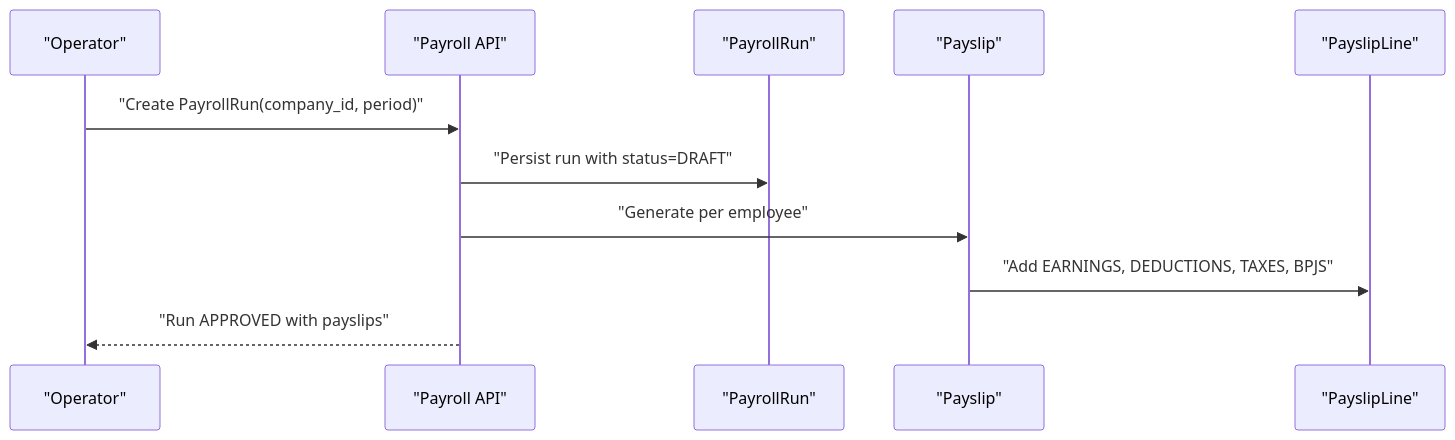
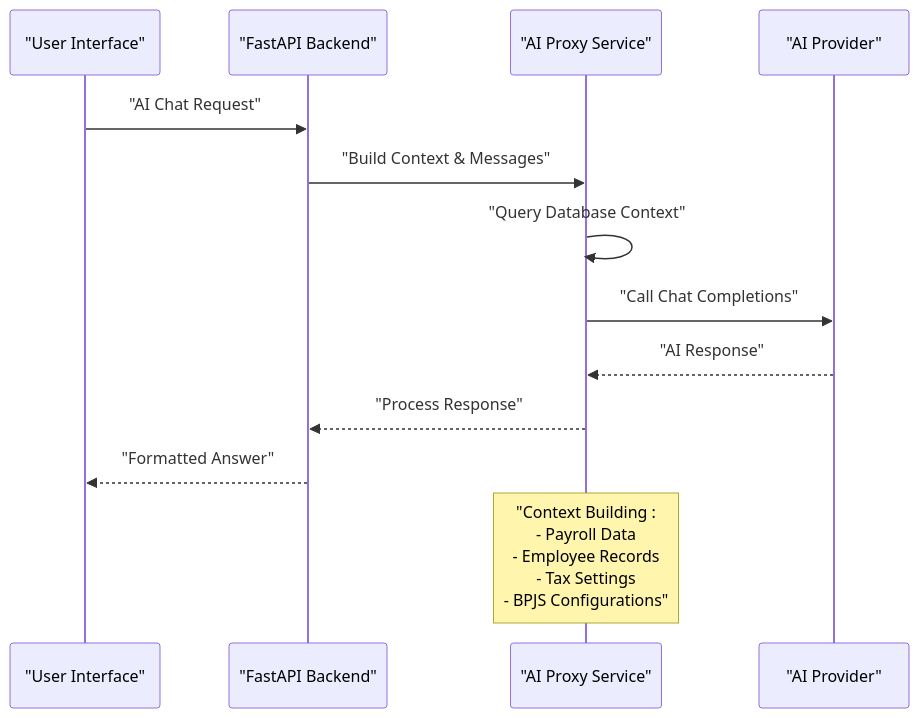
Before and after one commit to bikinaplikasipakeqoder-dot/payroll-hris: the second of 3 diagrams in .qoder/repowiki/en/content/Project Overview.md, drawn with Mermaid. The commit also changed other lines of this file and 22 other files, not shown here.

Commit message:
feat: show monthly attendance summary per employee with detail modal

````diff
--- a/.qoder/repowiki/en/content/Project Overview.md
+++ b/.qoder/repowiki/en/content/Project Overview.md
@@ -711,13 +201,15 @@
 ```mermaid
 sequenceDiagram
-participant Operator as "Operator"
-participant API as "Payroll API"
-participant Run as "PayrollRun"
-participant Slip as "Payslip"
-participant Line as "PayslipLine"
-Operator->>API : "Create PayrollRun(company_id, period)"
-API->>Run : "Persist run with status=DRAFT"
-API->>Slip : "Generate per employee"
-Slip->>Line : "Add EARNINGS, DEDUCTIONS, TAXES, BPJS"
-API-->>Operator : "Run APPROVED with payslips"
+participant User as "User Interface"
+participant API as "FastAPI Backend"
+participant AI as "AI Proxy Service"
+participant Provider as "AI Provider"
+User->>API : "AI Chat Request"
+API->>AI : "Build Context & Messages"
+AI->>AI : "Query Database Context"
+AI->>Provider : "Call Chat Completions"
+Provider-->>AI : "AI Response"
+AI-->>API : "Process Response"
+API-->>User : "Formatted Answer"
+Note over AI : "Context Building : <br/>- Payroll Data<br/>- Employee Records<br/>- Tax Settings<br/>- BPJS Configurations"
 ```
````
